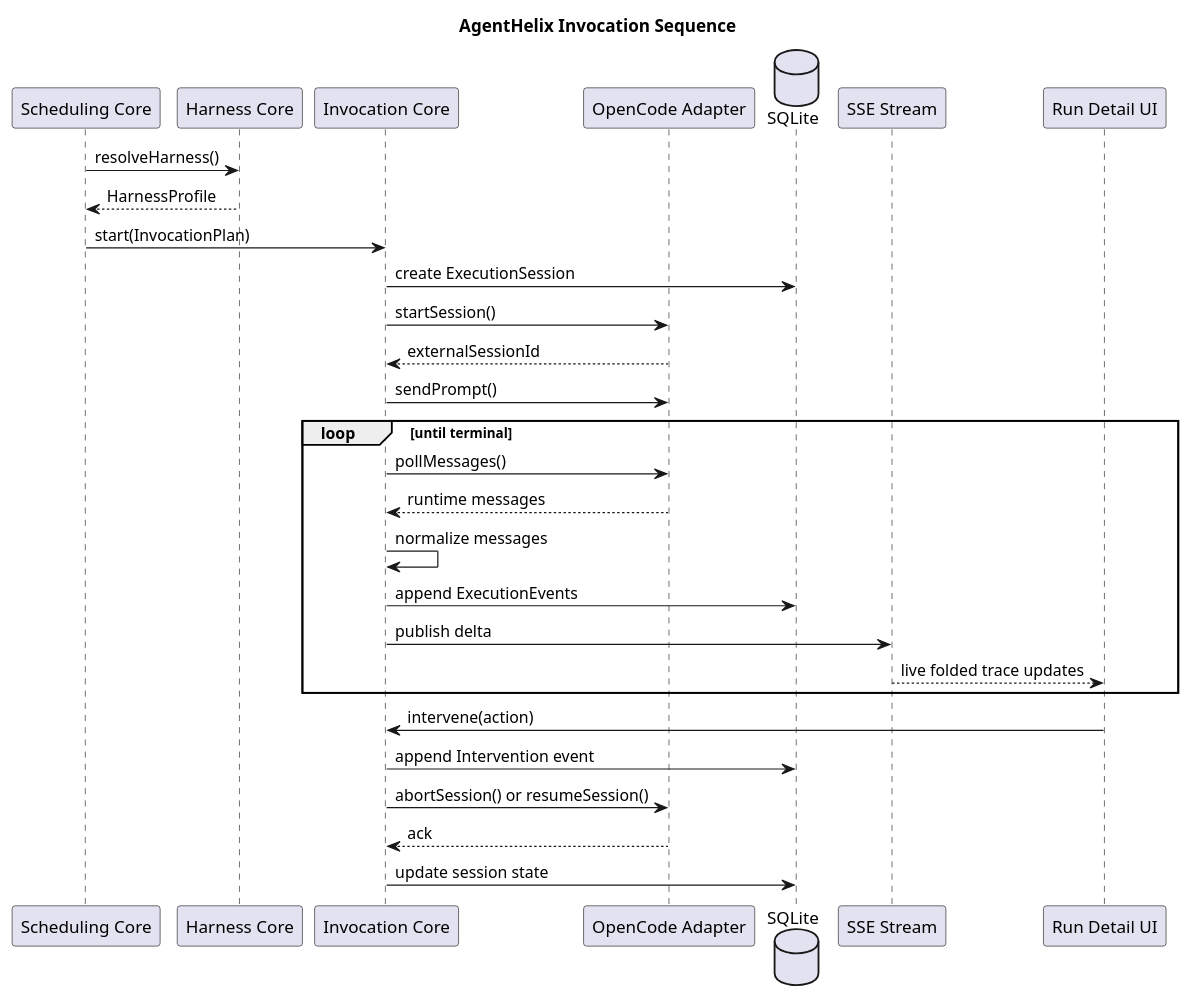
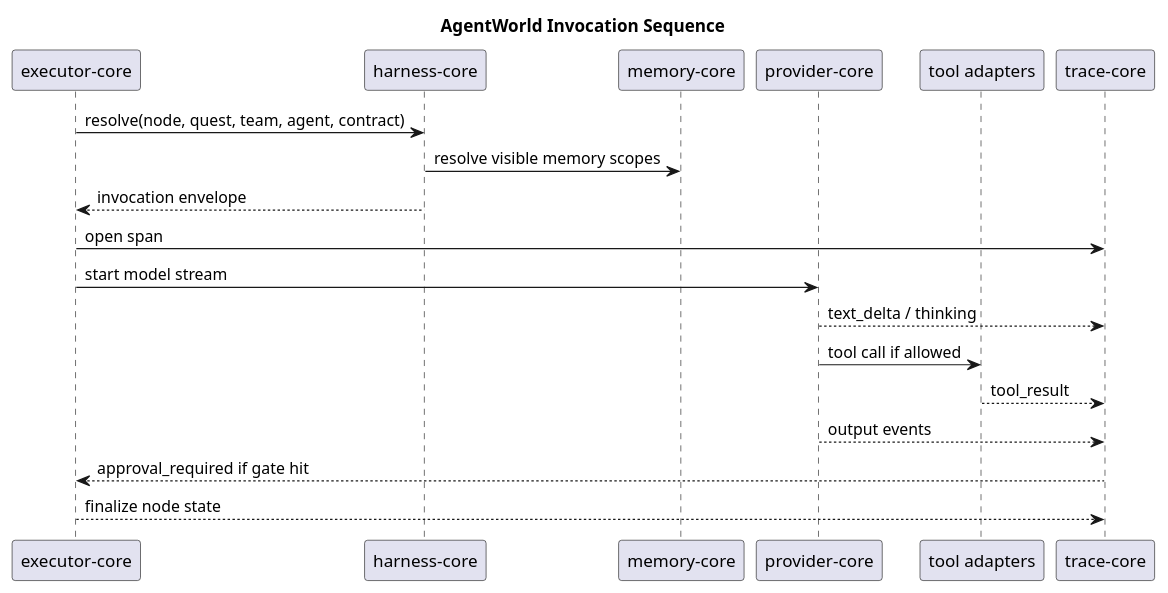
The seventh of 7 diagrams in docs/detailed-design.en.md (SimonMing47/agent-world), drawn with PlantUML before and after one commit. The commit also changed other lines of this file and 3 other files, not shown here.

````diff
--- a/docs/detailed-design.en.md
+++ b/docs/detailed-design.en.md
@@ -1377,35 +1104,25 @@
 ```plantuml
 @startuml
-title AgentHelix Invocation Sequence
+title AgentWorld Invocation Sequence
 
-participant "Scheduling Core" as Scheduler
-participant "Harness Core" as Harness
-participant "Invocation Core" as Invocation
-participant "OpenCode Adapter" as Adapter
-database "SQLite" as DB
-participant "SSE Stream" as SSE
-participant "Run Detail UI" as UI
+participant "executor-core" as Executor
+participant "harness-core" as Harness
+participant "memory-core" as Memory
+participant "provider-core" as Provider
+participant "tool adapters" as Tools
+participant "trace-core" as Trace
 
-Scheduler -> Harness : resolveHarness()
-Harness --> Scheduler : HarnessProfile
-Scheduler -> Invocation : start(InvocationPlan)
-Invocation -> DB : create ExecutionSession
-Invocation -> Adapter : startSession()
-Adapter --> Invocation : externalSessionId
-Invocation -> Adapter : sendPrompt()
-loop until terminal
-  Invocation -> Adapter : pollMessages()
-  Adapter --> Invocation : runtime messages
-  Invocation -> Invocation : normalize messages
-  Invocation -> DB : append ExecutionEvents
-  Invocation -> SSE : publish delta
-  SSE --> UI : live folded trace updates
-end
-UI -> Invocation : intervene(action)
-Invocation -> DB : append Intervention event
-Invocation -> Adapter : abortSession() or resumeSession()
-Adapter --> Invocation : ack
-Invocation -> DB : update session state
+Executor -> Harness : resolve(node, quest, team, agent, contract)
+Harness -> Memory : resolve visible memory scopes
+Harness --> Executor : invocation envelope
+Executor -> Trace : open span
+Executor -> Provider : start model stream
+Provider --> Trace : text_delta / thinking
+Provider -> Tools : tool call if allowed
+Tools --> Trace : tool_result
+Provider --> Trace : output events
+Trace --> Executor : approval_required if gate hit
+Executor --> Trace : finalize node state
 
 @enduml
 ```
````
